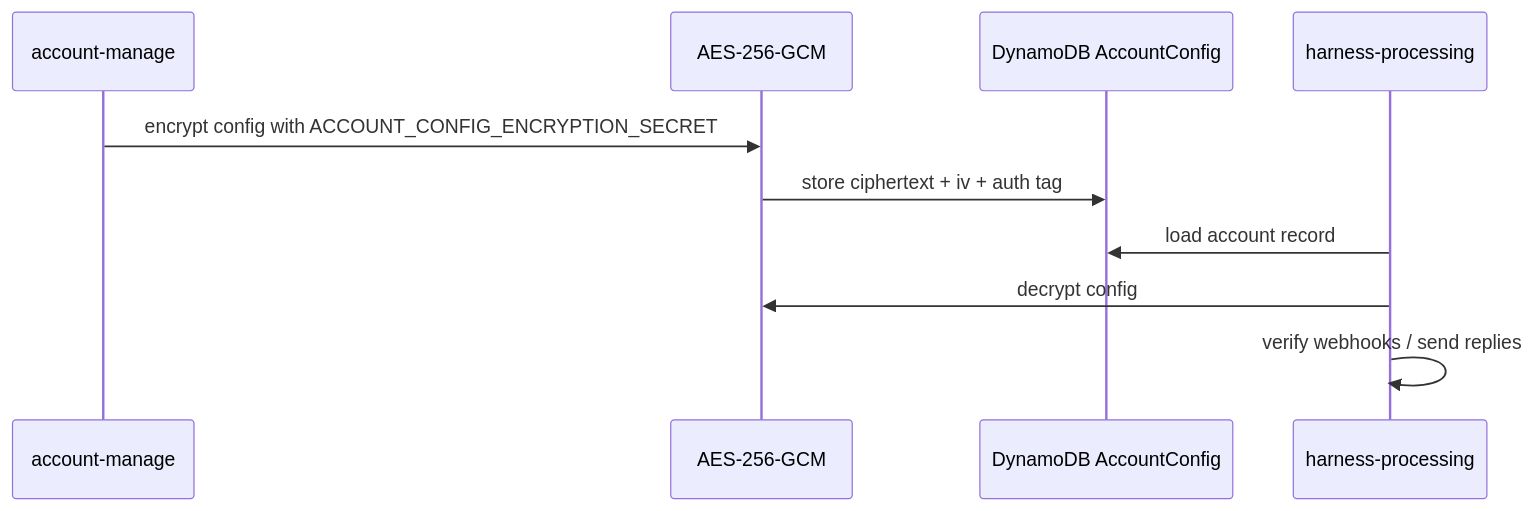
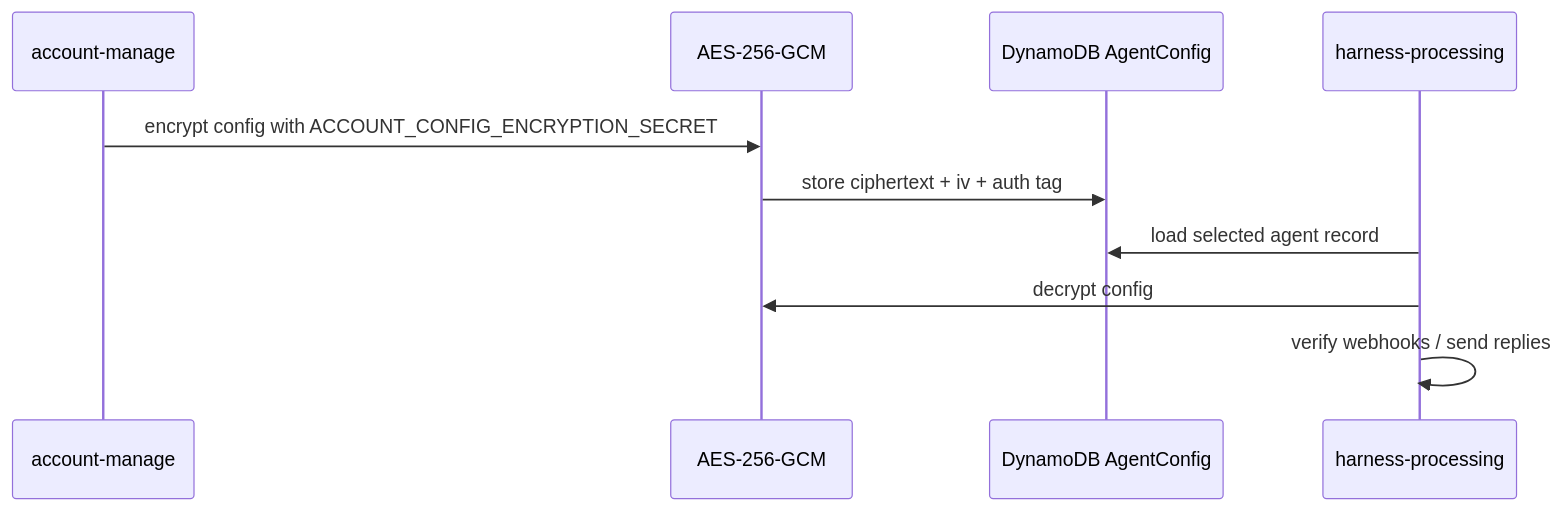
One commit to beeblastco/filthy-panty changed the second of 2 diagrams in docs/data-security.md. Above: the diagram before and after it, drawn with Mermaid. The commit also changed other lines of this file and 35 other files, not shown here.

````diff
--- a/docs/data-security.md
+++ b/docs/data-security.md
@@ -28,13 +29,13 @@
 ```mermaid
 sequenceDiagram
   participant API as account-manage
   participant Crypto as AES-256-GCM
-  participant DDB as DynamoDB AccountConfig
+  participant DDB as DynamoDB AgentConfig
   participant Harness as harness-processing
 
   API->>Crypto: encrypt config with ACCOUNT_CONFIG_ENCRYPTION_SECRET
   Crypto->>DDB: store ciphertext + iv + auth tag
-  Harness->>DDB: load account record
+  Harness->>DDB: load selected agent record
   Harness->>Crypto: decrypt config
   Harness->>Harness: verify webhooks / send replies
 ```
````
